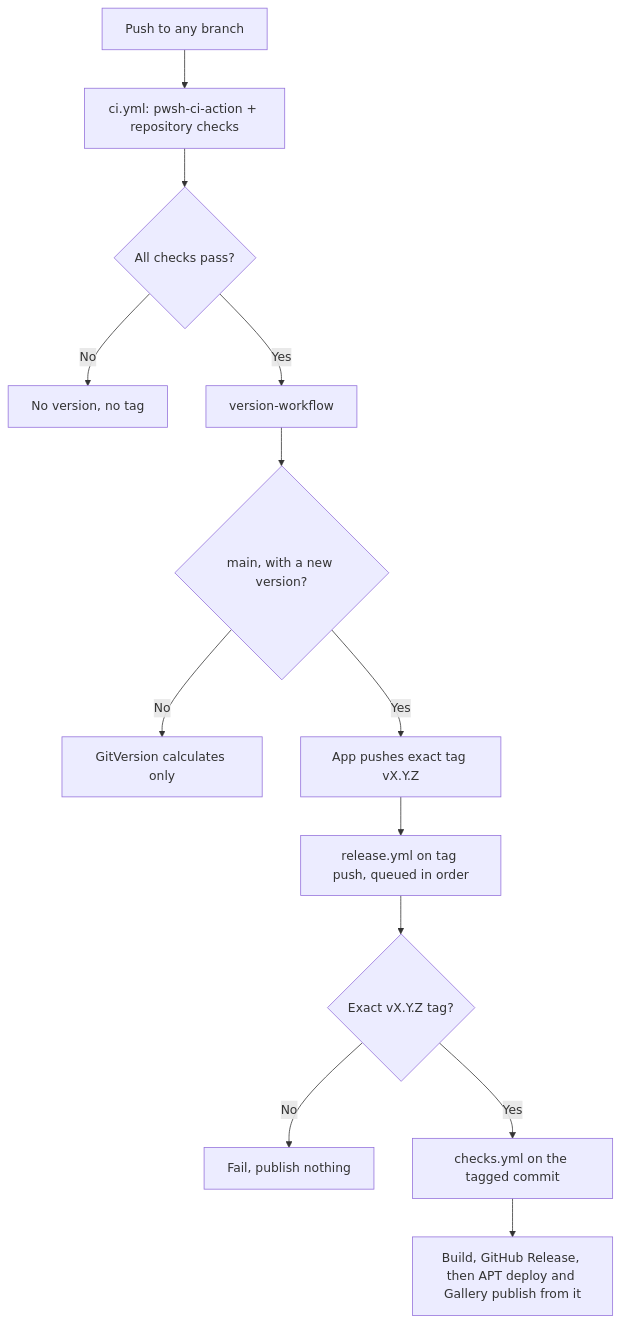
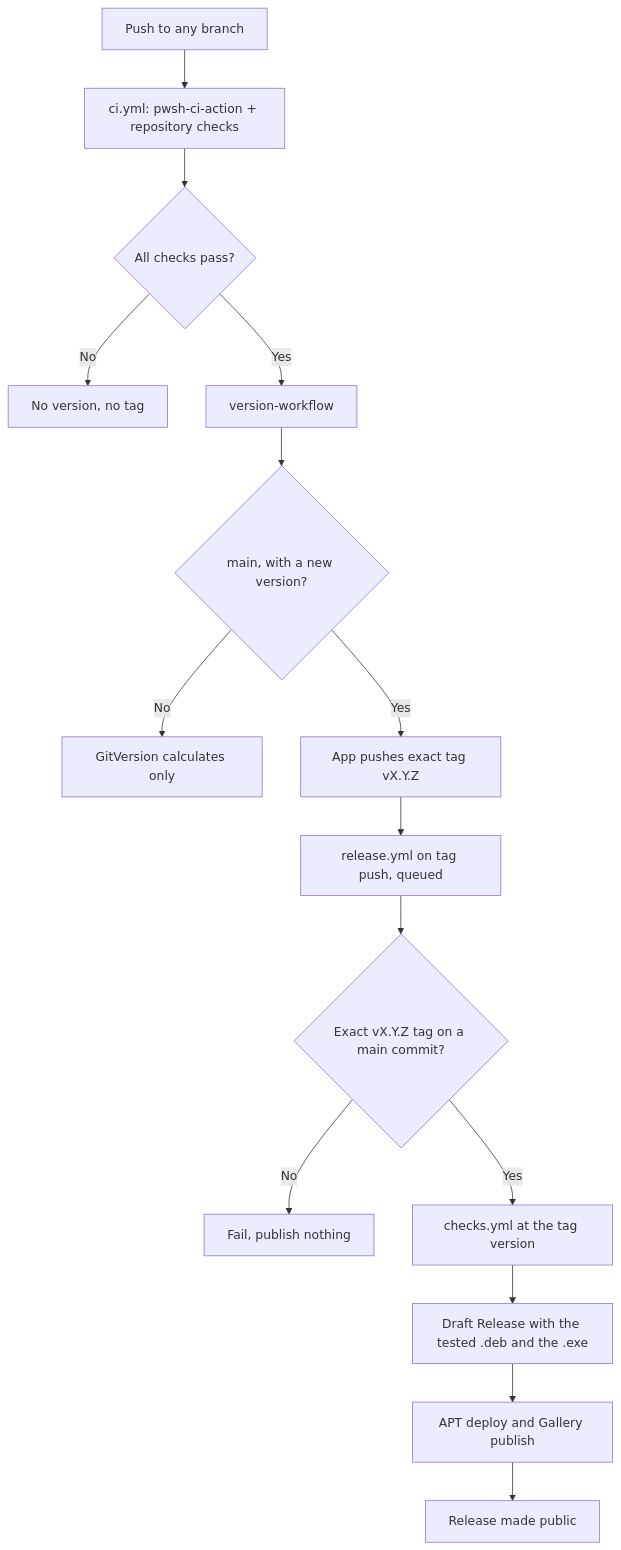
The diagram in docs/internal/plans/pwsh-release-workflow.md (vhco-pro/docs), drawn with Mermaid before and after one commit. The commit also changed other lines of this file, not shown here.

First line of the commit message:
docs: revise the PowerShell release plan after its third review [skip ci]

````diff
--- a/docs/internal/plans/pwsh-release-workflow.md
+++ b/docs/internal/plans/pwsh-release-workflow.md
@@ -238,15 +245,17 @@
 ```mermaid
 flowchart TD
     Push["Push to any branch"] --> CI["ci.yml: pwsh-ci-action + repository checks"]
     CI --> Pass{"All checks pass?"}
     Pass -->|No| Stop["No version, no tag"]
     Pass -->|Yes| Ver["version-workflow"]
     Ver --> Gate{"main, with a new version?"}
     Gate -->|No| Calc["GitVersion calculates only"]
     Gate -->|Yes| Tag["App pushes exact tag vX.Y.Z"]
-    Tag --> Rel["release.yml on tag push, queued in order"]
-    Rel --> Guard{"Exact vX.Y.Z tag?"}
+    Tag --> Rel["release.yml on tag push, queued"]
+    Rel --> Guard{"Exact vX.Y.Z tag on a main commit?"}
     Guard -->|No| Refuse["Fail, publish nothing"]
-    Guard -->|Yes| Recheck["checks.yml on the tagged commit"]
-    Recheck --> Pub["Build, GitHub Release, then APT deploy and Gallery publish from it"]
+    Guard -->|Yes| Recheck["checks.yml at the tag version"]
+    Recheck --> Draft["Draft Release with the tested .deb and the .exe"]
+    Draft --> Pub["APT deploy and Gallery publish"]
+    Pub --> Public["Release made public"]
 ```
````
